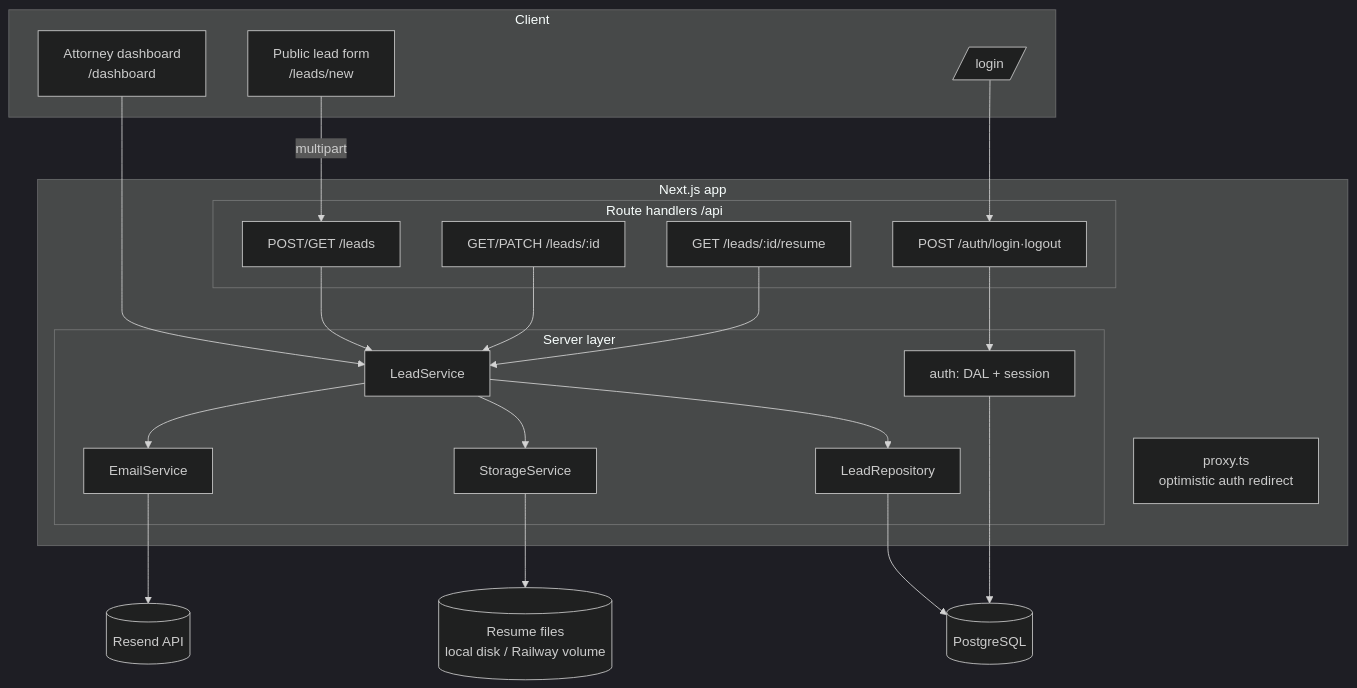
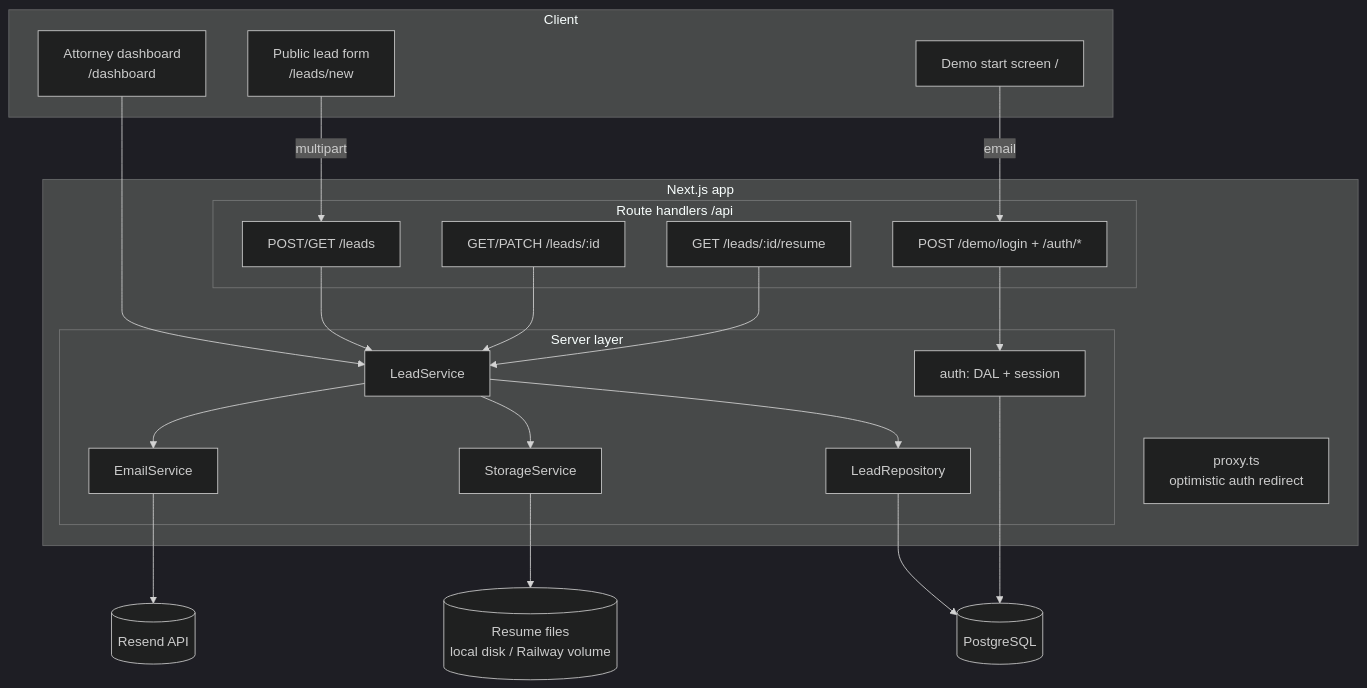
The first of 4 diagrams in DESIGN.md (amedercole/alma), drawn with Mermaid (dark theme) before and after one commit. The commit also changed other lines of this file and 21 other files, not shown here.

First line of the commit message:
[agent] feat(demo): start-screen gate, auto-login, per-visitor notify email

````diff
--- a/DESIGN.md
+++ b/DESIGN.md
@@ -25,41 +25,41 @@
 ```mermaid
 flowchart TD
   subgraph Client
     PF[Public lead form\n/leads/new]
     DB_UI[Attorney dashboard\n/dashboard]
-    LOGIN[/login/]
+    GATE[Demo start screen /]
   end
 
   subgraph "Next.js app"
     subgraph API[Route handlers /api]
       RL[POST/GET /leads]
       RID[GET/PATCH /leads/:id]
       RR[GET /leads/:id/resume]
-      RA[POST /auth/login·logout]
+      RA[POST /demo/login + /auth/*]
     end
     PROXY[proxy.ts\noptimistic auth redirect]
     subgraph Server[Server layer]
       SVC[LeadService]
       REPO[LeadRepository]
       AUTH[auth: DAL + session]
       STORE[StorageService]
       MAIL[EmailService]
     end
   end
 
   PG[(PostgreSQL)]
   VOL[(Resume files\nlocal disk / Railway volume)]
   RESEND[(Resend API)]
 
   PF -->|multipart| RL
   DB_UI --> SVC
-  LOGIN --> RA
+  GATE -->|email| RA
   RL --> SVC
   RID --> SVC
   RR --> SVC
   RA --> AUTH
   SVC --> REPO --> PG
   SVC --> STORE --> VOL
   SVC --> MAIL --> RESEND
   AUTH --> PG
 ```
````
